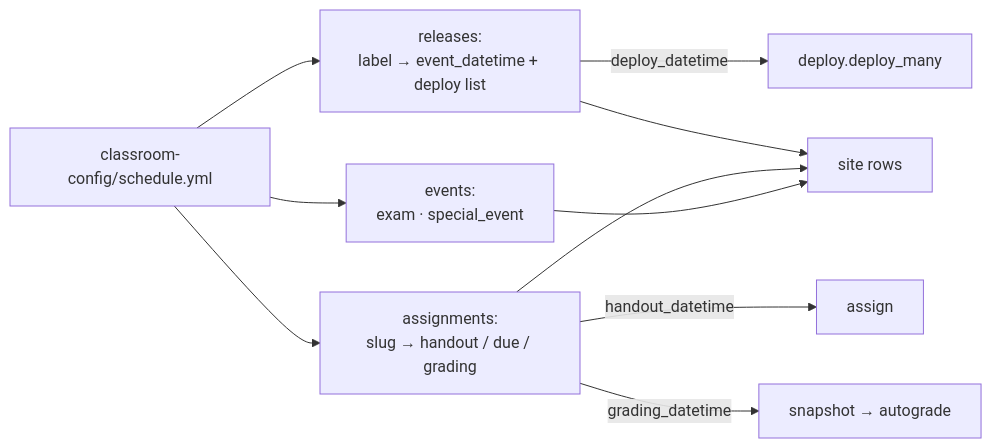
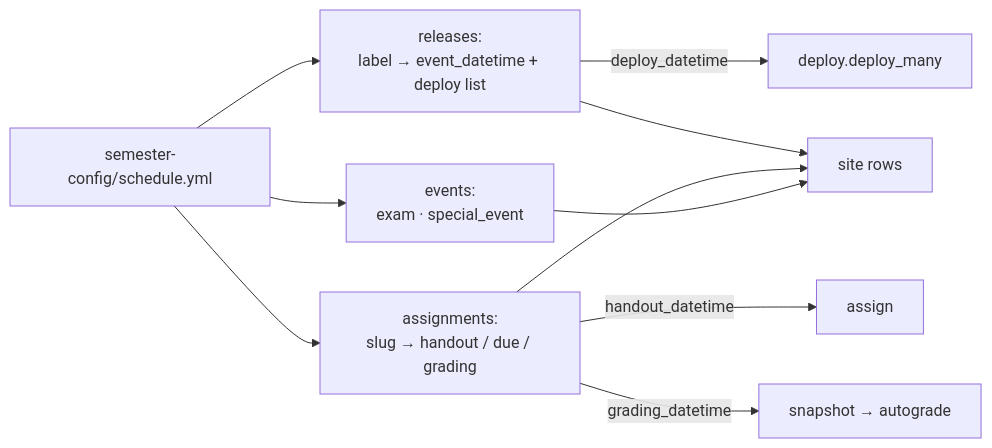
One commit to hertie-data-science-lab/dsl-teaching-toolkit changed the seventh of 10 diagrams in docs-admin-arch/architecture.md. Above: the diagram before and after it, drawn with Mermaid. The commit also changed other lines of this file and 125 other files, not shown here.

Commit message:
refactor(layout): rename classroom-config to semester-config

````diff
--- a/docs-admin-arch/architecture.md
+++ b/docs-admin-arch/architecture.md
@@ -340,16 +340,16 @@
 ```mermaid
 flowchart LR
-  s["classroom-config/schedule.yml"]
+  s["semester-config/schedule.yml"]
   s --> r["`releases:
 label → event_datetime + deploy list`"]
   s --> a["`assignments:
 slug → handout / due / grading`"]
   s --> e["`events:
 exam · special_event`"]
   r -->|"deploy_datetime"| dep["deploy.deploy_many"]
   a -->|"handout_datetime"| asg["assign"]
   a -->|"grading_datetime"| col["snapshot → autograde"]
   r --> site["site rows"]
   a --> site
   e --> site
 ```
````
